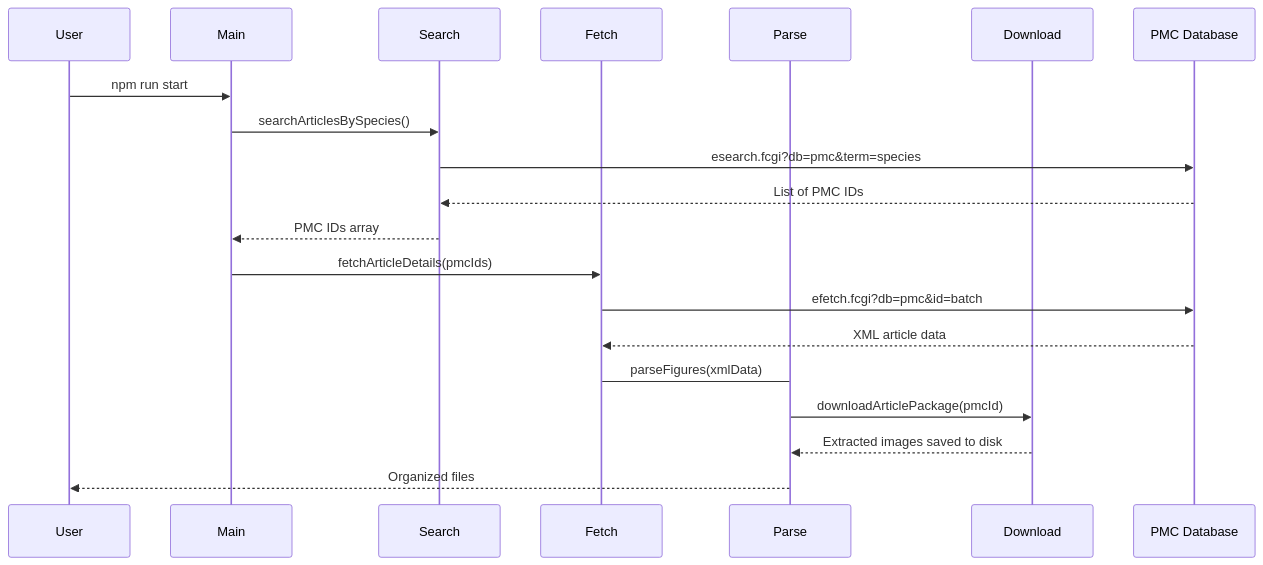
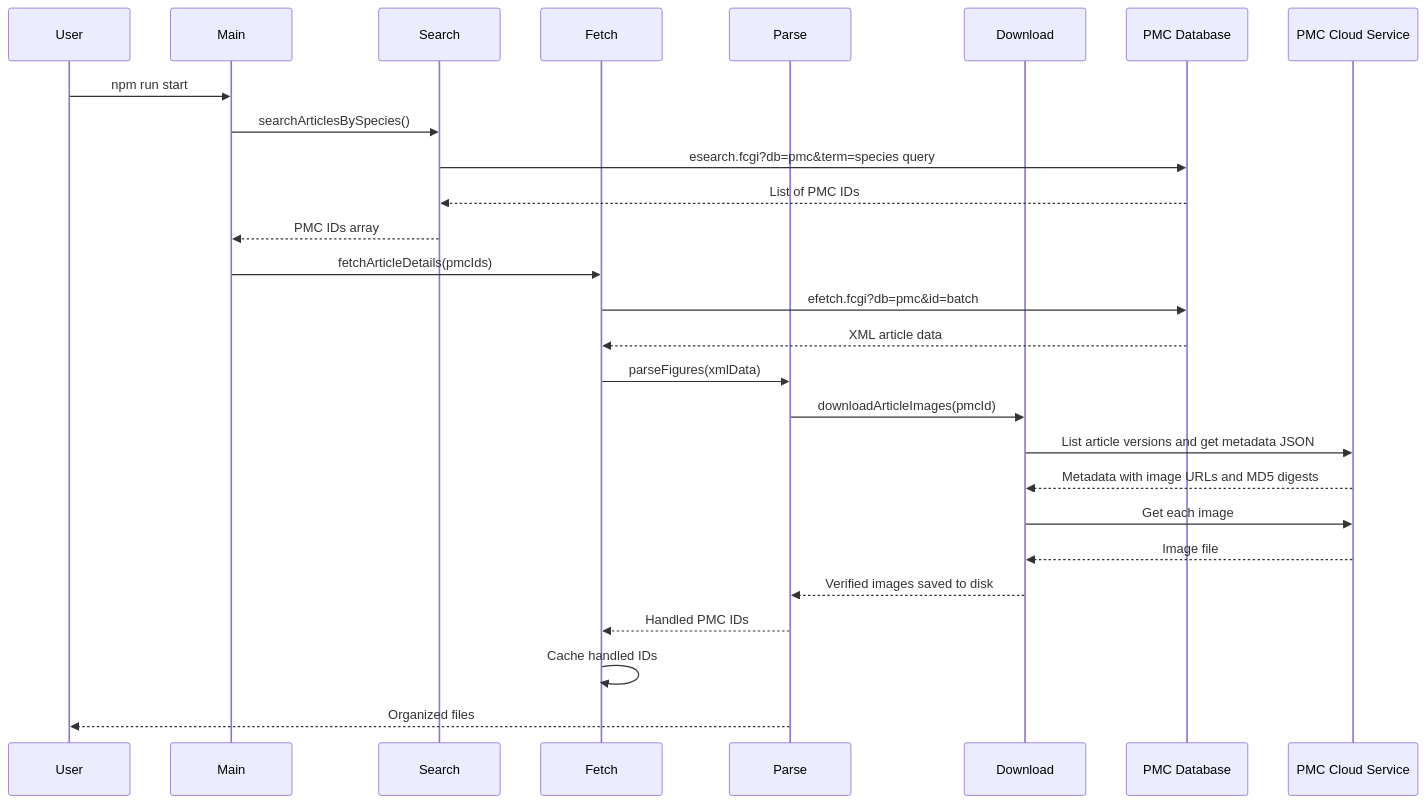
One commit to AlexJSully/Publication-Figure-Retrieval changed the second of 2 diagrams in docs/index.md. Above: the diagram before and after it, drawn with Mermaid. The commit also changed other lines of this file and 28 other files, not shown here.

First line of the commit message:
Fix unable to retrieve figure publication images (#242)

````diff
--- a/docs/index.md
+++ b/docs/index.md
@@ -127,28 +127,35 @@
 ```mermaid
 sequenceDiagram
     accTitle: Data Flow Between Pipeline Functions and PMC
-    accDescr: The user runs npm run start, which calls main. Main calls searchArticlesBySpecies, which queries the PMC esearch endpoint and returns PMC IDs. Main then calls fetchArticleDetails, which queries the efetch endpoint in batches and receives XML. fetchArticleDetails calls parseFigures, which calls downloadArticlePackage to download and extract images that are saved to disk and returned to the user as organized files.
+    accDescr: The user runs npm run start, which calls main. Main calls searchArticlesBySpecies, which queries the PMC esearch endpoint and returns PMC IDs. Main then calls fetchArticleDetails, which queries the efetch endpoint in batches and receives XML. fetchArticleDetails calls parseFigures, which calls downloadArticleImages for each article. downloadArticleImages lists the PMC Cloud Service bucket for the article's versions, reads the metadata of the highest version, and downloads each image, saving the images whose MD5 digest matches to disk. parseFigures returns the handled PMC IDs to fetchArticleDetails, which records them in the cache, and the user receives organized files.
 
     participant User
     participant Main
     participant Search
     participant Fetch
     participant Parse
     participant Download
     participant PMC as PMC Database
+    participant Cloud as PMC Cloud Service
 
     User->>Main: npm run start
     Main->>Search: searchArticlesBySpecies()
-    Search->>PMC: esearch.fcgi?db=pmc&term=species
+    Search->>PMC: esearch.fcgi?db=pmc&term=species query
     PMC-->>Search: List of PMC IDs
     Search-->>Main: PMC IDs array
 
     Main->>Fetch: fetchArticleDetails(pmcIds)
     Fetch->>PMC: efetch.fcgi?db=pmc&id=batch
     PMC-->>Fetch: XML article data
 
-    Fetch->Parse: parseFigures(xmlData)
-    Parse->>Download: downloadArticlePackage(pmcId)
-    Download-->>Parse: Extracted images saved to disk
+    Fetch->>Parse: parseFigures(xmlData)
+    Parse->>Download: downloadArticleImages(pmcId)
+    Download->>Cloud: List article versions and get metadata JSON
+    Cloud-->>Download: Metadata with image URLs and MD5 digests
+    Download->>Cloud: Get each image
+    Cloud-->>Download: Image file
+    Download-->>Parse: Verified images saved to disk
+    Parse-->>Fetch: Handled PMC IDs
+    Fetch->>Fetch: Cache handled IDs
     Parse-->>User: Organized files
 ```
````
